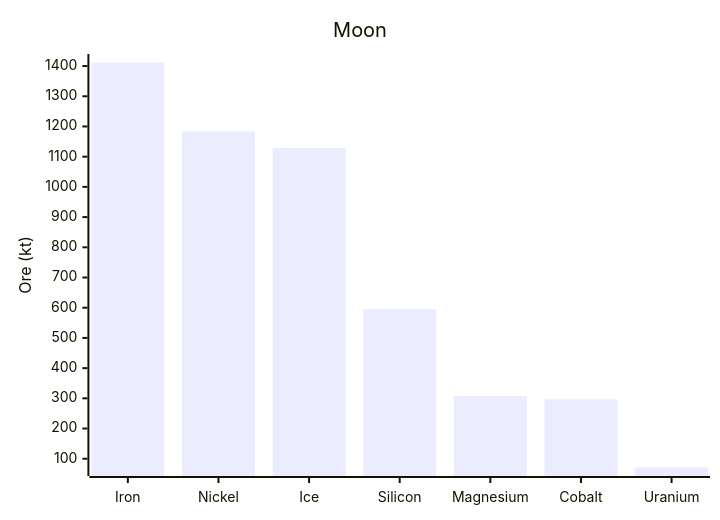
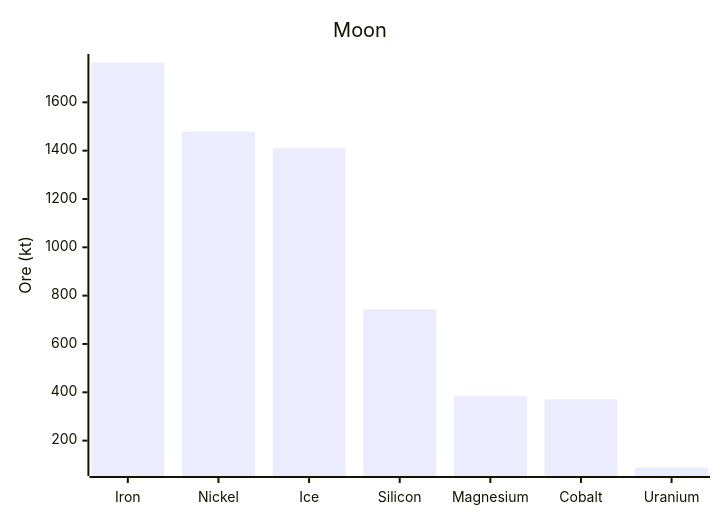
Before and after one commit to CometWorks/worlds: the second of 3 diagrams in octahedron/ORES.md, drawn with Mermaid. The commit also changed other lines of this file and 4 other files, not shown here.

````diff
--- a/octahedron/ORES.md
+++ b/octahedron/ORES.md
@@ -71,7 +71,7 @@
 ```mermaid
 xychart-beta
     title "Moon"
     x-axis ["Iron", "Nickel", "Ice", "Silicon", "Magnesium", "Cobalt", "Uranium"]
     y-axis "Ore (kt)"
-    bar [1411.8, 1183.1, 1128.2, 595.4, 307.6, 296.9, 71.0]
+    bar [1764.8, 1478.9, 1410.3, 744.2, 384.4, 371.2, 88.8]
 ```
````
